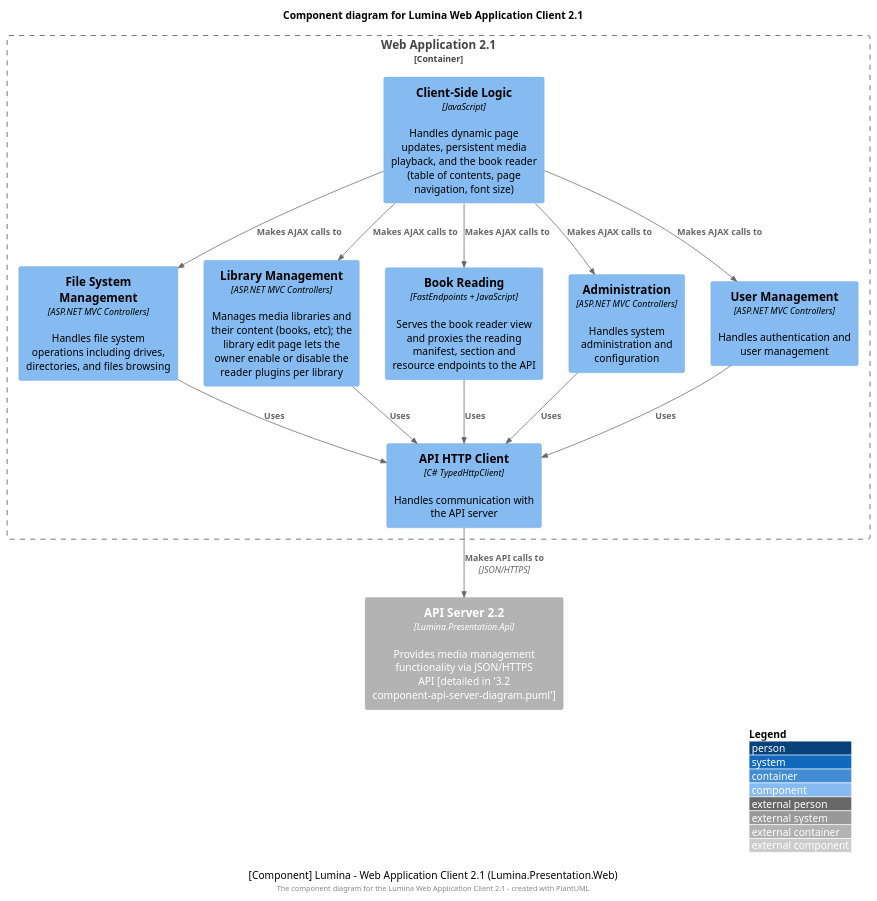
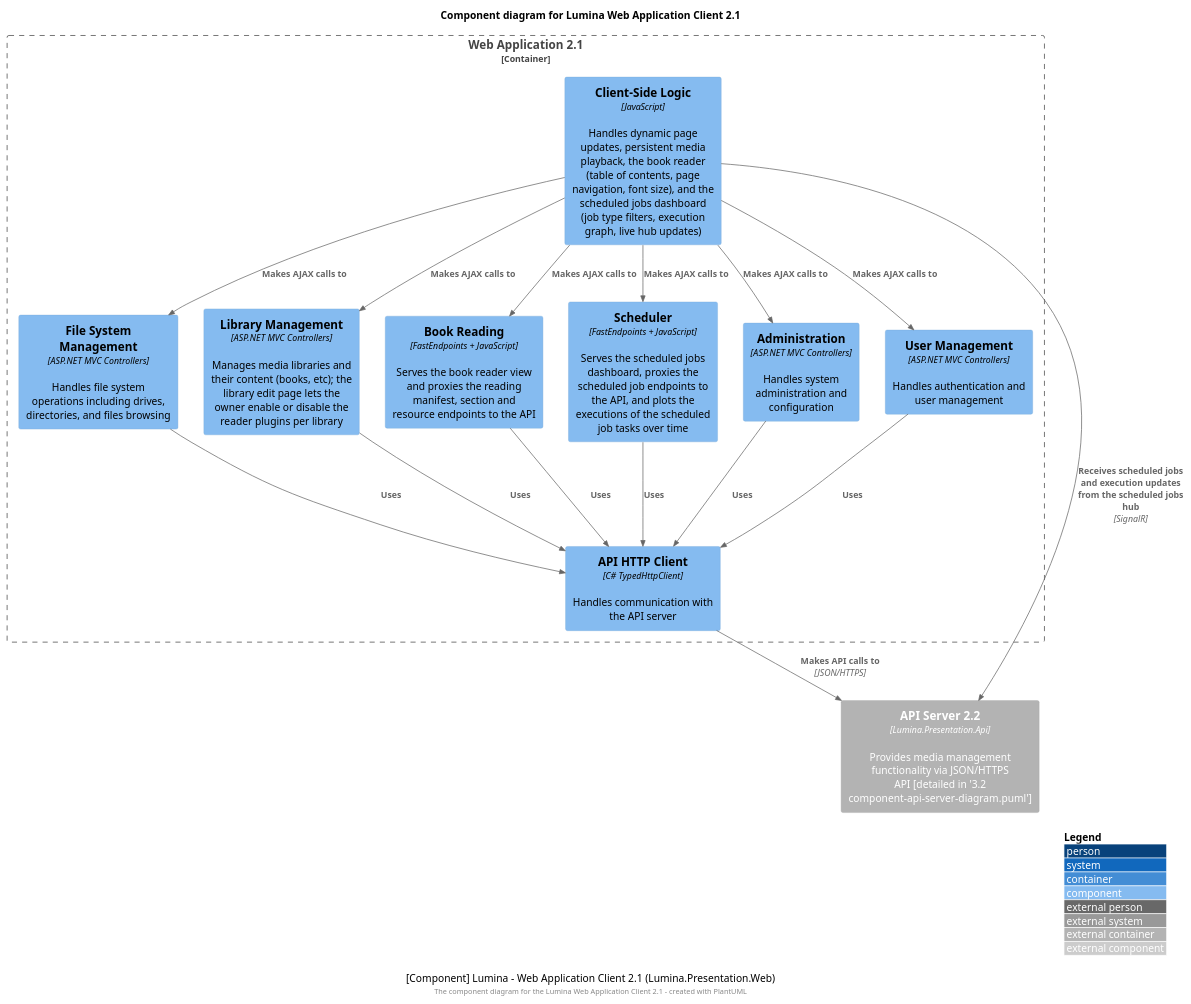
Before and after one commit to BinaryAlley/Lumina: the diagram in docs/technical/architecture/3.1 component-web-client-diagram.puml, drawn with PlantUML. The commit also changed 17 other files, not shown here.

```diff
--- a/docs/technical/architecture/3.1 component-web-client-diagram.puml
+++ b/docs/technical/architecture/3.1 component-web-client-diagram.puml
@@ -1,40 +1,45 @@
 @startuml Lumina Web Application Components
 !include <C4/C4_Component>
 
 LAYOUT_WITH_LEGEND()
 title Component diagram for Lumina Web Application Client 2.1
 
 Container_Ext(api, "API Server 2.2", "Lumina.Presentation.Api", "Provides media management functionality via JSON/HTTPS API [detailed in '3.2 component-api-server-diagram.puml']")
 
 Container_Boundary(wb, "Web Application 2.1") {
     Component(fileSystem, "File System Management", "ASP.NET MVC Controllers", "Handles file system operations including drives, directories, and files browsing")
     
     Component(library, "Library Management", "ASP.NET MVC Controllers", "Manages media libraries and their content (books, etc); the library edit page lets the owner enable or disable the reader plugins per library")
     
     Component(bookReader, "Book Reading", "FastEndpoints + JavaScript", "Serves the book reader view and proxies the reading manifest, section and resource endpoints to the API")
     
+    Component(scheduler, "Scheduler", "FastEndpoints + JavaScript", "Serves the scheduled jobs dashboard, proxies the scheduled job endpoints to the API, and plots the executions of the scheduled job tasks over time")
+    
     Component(admin, "Administration", "ASP.NET MVC Controllers", "Handles system administration and configuration")
     
     Component(users, "User Management", "ASP.NET MVC Controllers", "Handles authentication and user management")
     
-    Component(clientJs, "Client-Side Logic", "JavaScript", "Handles dynamic page updates, persistent media playback, and the book reader (table of contents, page navigation, font size)")
+    Component(clientJs, "Client-Side Logic", "JavaScript", "Handles dynamic page updates, persistent media playback, the book reader (table of contents, page navigation, font size), and the scheduled jobs dashboard (job type filters, execution graph, live hub updates)")
     
     Component(httpClient, "API HTTP Client", "C# TypedHttpClient", "Handles communication with the API server")
 }
 
 Rel(fileSystem, httpClient, "Uses")
 Rel(library, httpClient, "Uses")
 Rel(bookReader, httpClient, "Uses")
+Rel(scheduler, httpClient, "Uses")
 Rel(admin, httpClient, "Uses")
 Rel(users, httpClient, "Uses")
 Rel(httpClient, api, "Makes API calls to", "JSON/HTTPS")
 Rel(clientJs, fileSystem, "Makes AJAX calls to")
 Rel(clientJs, library, "Makes AJAX calls to")
 Rel(clientJs, bookReader, "Makes AJAX calls to")
+Rel(clientJs, scheduler, "Makes AJAX calls to")
 Rel(clientJs, admin, "Makes AJAX calls to")
 Rel(clientJs, users, "Makes AJAX calls to")
+Rel(clientJs, api, "Receives scheduled jobs and execution updates from the scheduled jobs hub", "SignalR")
 
 caption [Component] Lumina - Web Application Client 2.1 (Lumina.Presentation.Web)
 
 footer The component diagram for the Lumina Web Application Client 2.1 - created with PlantUML
 @enduml
```
